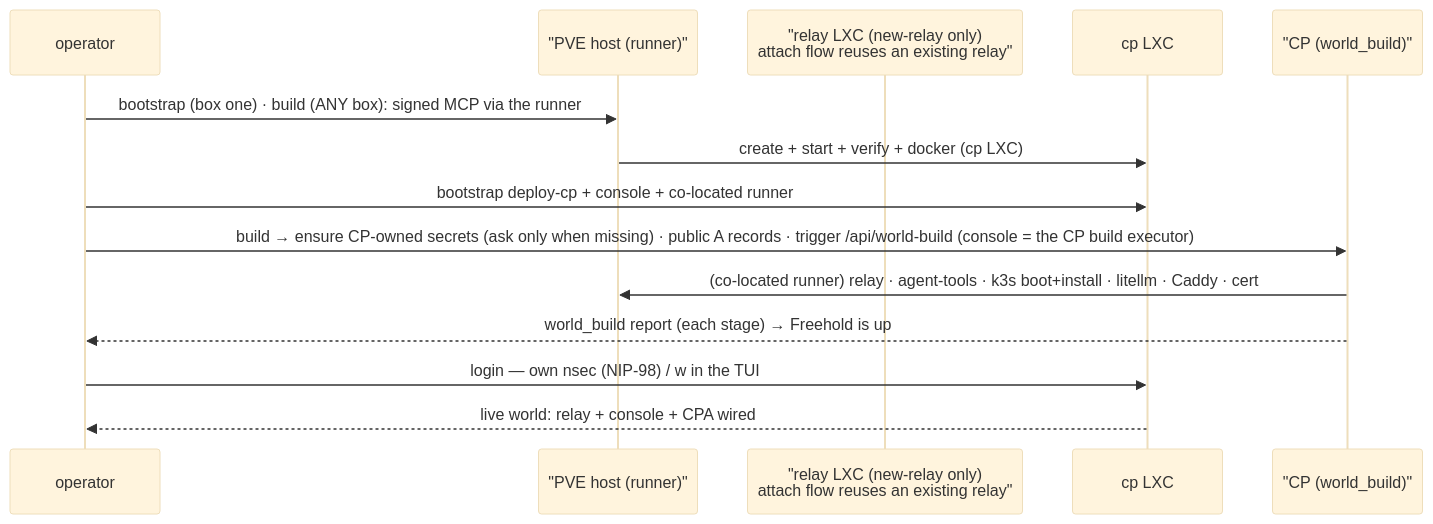
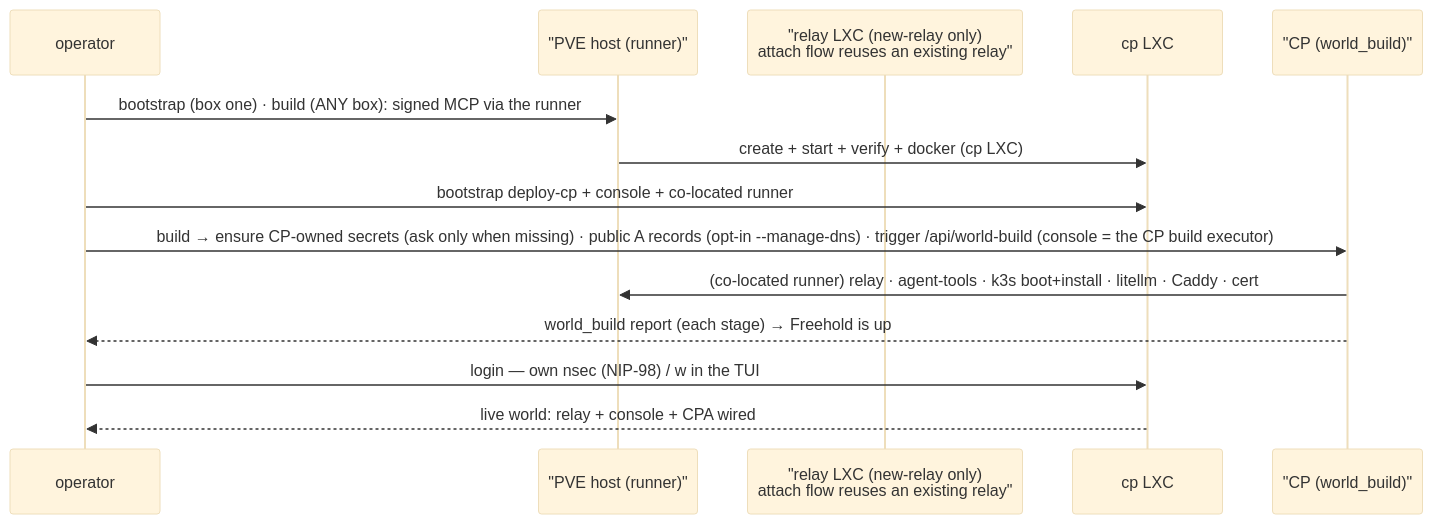
Before and after one commit to darcy/freehold: the first of 3 diagrams in README.md, drawn with Mermaid (base theme). The commit also changed other lines of this file and 19 other files, not shown here.

First line of the commit message:
Install-flow cleanup: fixed runner name, --local-port, nsec capture, key comments, --non-interactive (#306)

````diff
--- a/README.md
+++ b/README.md
@@ -430,17 +436,17 @@
 ```mermaid
 sequenceDiagram
     participant OP as operator
     participant PVE as "PVE host (runner)"
     participant R as "relay LXC (new-relay only)<br/>attach flow reuses an existing relay"
     participant C as cp LXC
     participant CP as "CP (world_build)"
 
     OP->>PVE: bootstrap (box one) · build (ANY box): signed MCP via the runner
     PVE->>C: create + start + verify + docker (cp LXC)
     OP->>C: bootstrap deploy-cp + console + co-located runner
-    OP->>CP: build → ensure CP-owned secrets (ask only when missing) · public A records · trigger /api/world-build (console = the CP build executor)
+    OP->>CP: build → ensure CP-owned secrets (ask only when missing) · public A records (opt-in --manage-dns) · trigger /api/world-build (console = the CP build executor)
     CP->>PVE: (co-located runner) relay · agent-tools · k3s boot+install · litellm · Caddy · cert
     CP-->>OP: world_build report (each stage) → Freehold is up
     OP->>C: login — own nsec (NIP-98) / w in the TUI
     C-->>OP: live world: relay + console + CPA wired
 ```
````
